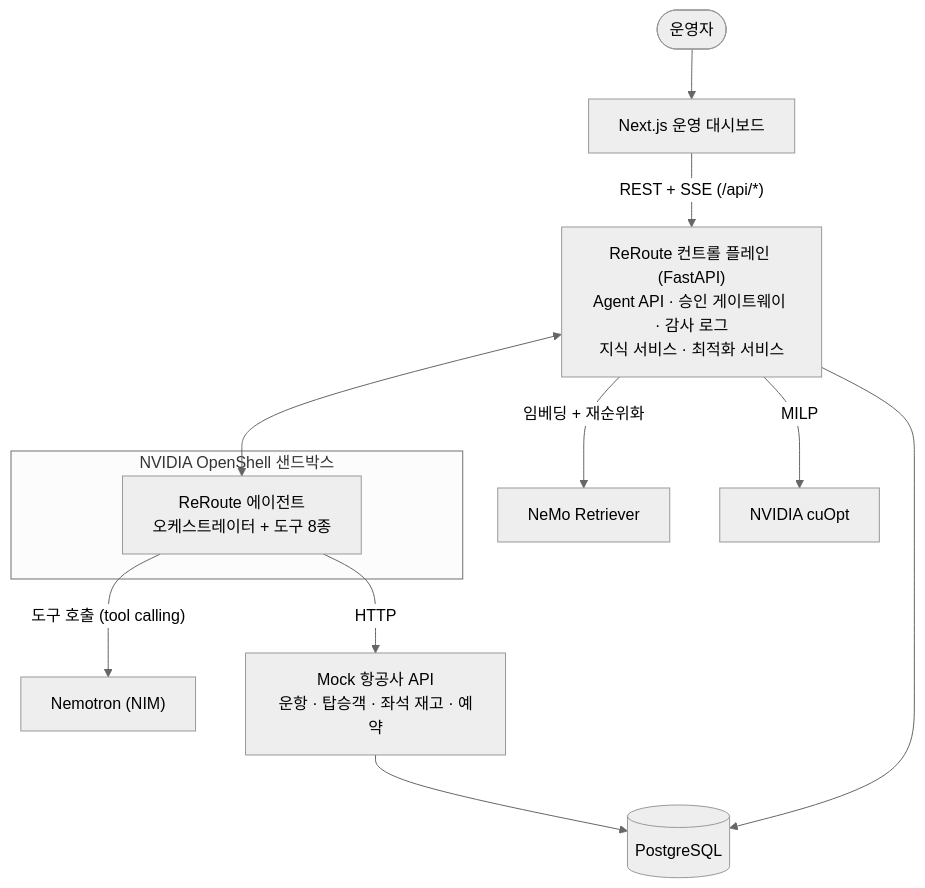
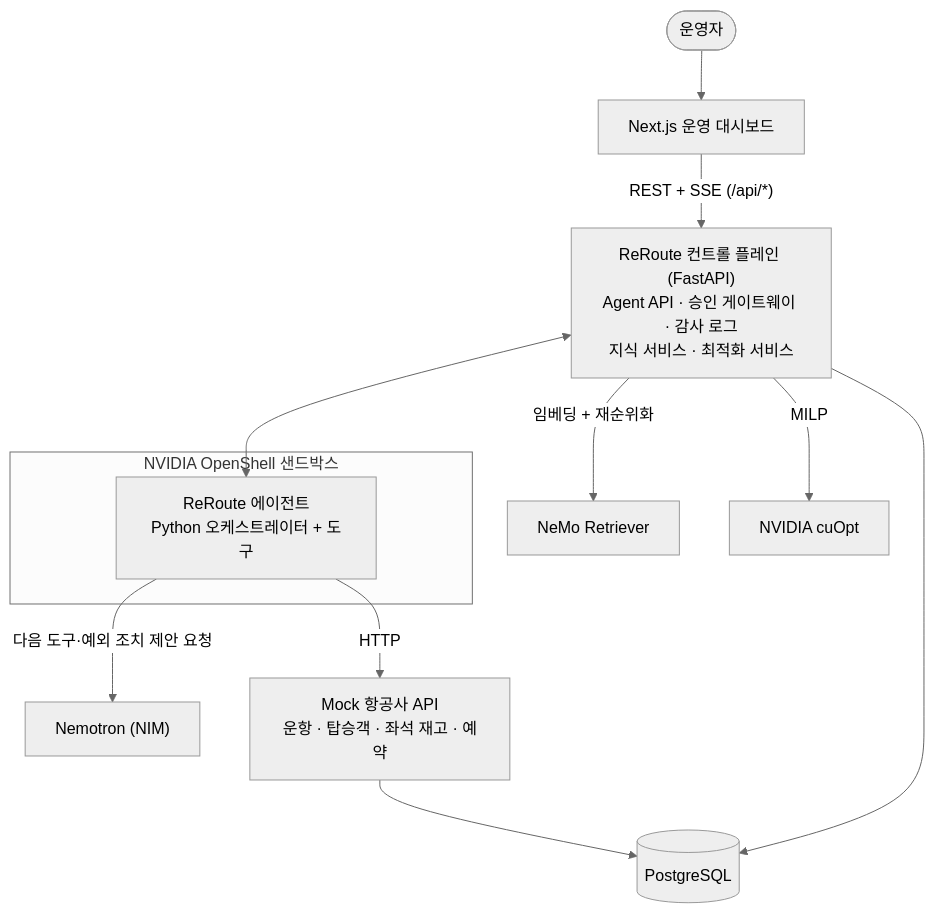
The second of 6 diagrams in README.md (hyunolike/reroute-irops-agent), drawn with Mermaid (neutral theme) before and after one commit. The commit also changed other lines of this file and 2 other files, not shown here.

Commit message:
docs: add 3D architecture and self-hosted GPU inference guide (#16)

````diff
--- a/README.md
+++ b/README.md
@@ -118,15 +126,15 @@
 ```mermaid
 flowchart TB
     op([운영자]) --> web["Next.js 운영 대시보드"]
     web -- "REST + SSE (/api/*)" --> cp["ReRoute 컨트롤 플레인 (FastAPI)<br/>Agent API · 승인 게이트웨이 · 감사 로그<br/>지식 서비스 · 최적화 서비스"]
     subgraph sandbox["NVIDIA OpenShell 샌드박스"]
-        agent["ReRoute 에이전트<br/>오케스트레이터 + 도구 8종"]
+        agent["ReRoute 에이전트<br/>Python 오케스트레이터 + 도구"]
     end
     cp <--> agent
-    agent -- "도구 호출 (tool calling)" --> nim["Nemotron (NIM)"]
+    agent -- "다음 도구·예외 조치 제안 요청" --> nim["Nemotron (NIM)"]
     agent -- HTTP --> airline["Mock 항공사 API<br/>운항 · 탑승객 · 좌석 재고 · 예약"]
     cp -- "임베딩 + 재순위화" --> ret["NeMo Retriever"]
     cp -- MILP --> cuopt["NVIDIA cuOpt"]
     cp --> db[(PostgreSQL)]
     airline --> db
 ```
````
